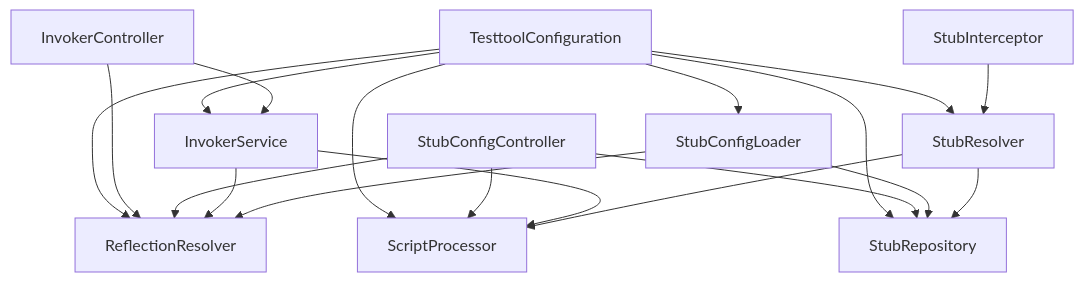
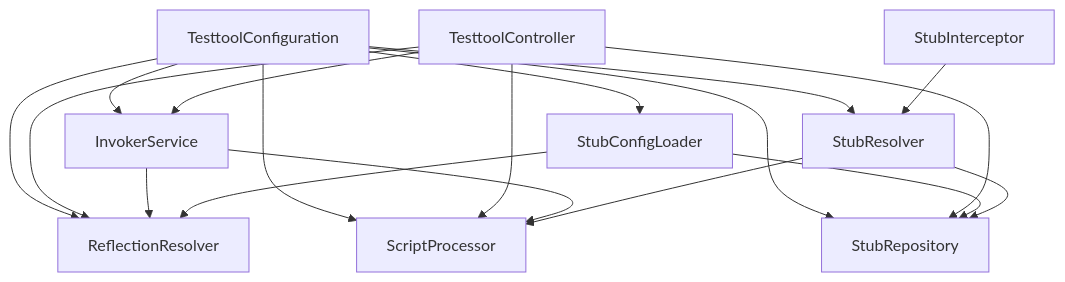
Before and after one commit to agwlvssainokuni/cherry-testtool: the first of 5 diagrams in aidlc-docs/inception/application-design/component-dependency.md, drawn with Mermaid. The commit also changed other lines of this file and 5 other files, not shown here.

````diff
--- a/aidlc-docs/inception/application-design/component-dependency.md
+++ b/aidlc-docs/inception/application-design/component-dependency.md
@@ -16,23 +16,22 @@
 ```mermaid
 flowchart TB
     TesttoolConfiguration --> InvokerService
     TesttoolConfiguration --> ReflectionResolver
     TesttoolConfiguration --> ScriptProcessor
     TesttoolConfiguration --> StubRepository
     TesttoolConfiguration --> StubConfigLoader
     TesttoolConfiguration --> StubResolver
 
-    InvokerController --> InvokerService
-    InvokerController --> ReflectionResolver
-    StubConfigController --> StubRepository
-    StubConfigController --> ScriptProcessor
-    StubConfigController --> ReflectionResolver
+    TesttoolController --> InvokerService
+    TesttoolController --> ReflectionResolver
+    TesttoolController --> StubRepository
+    TesttoolController --> ScriptProcessor
 
     InvokerService --> ReflectionResolver
     InvokerService --> ScriptProcessor
     StubConfigLoader --> StubRepository
     StubConfigLoader --> ReflectionResolver
     StubResolver --> StubRepository
     StubResolver --> ScriptProcessor
     StubInterceptor --> StubResolver
 ```
````
